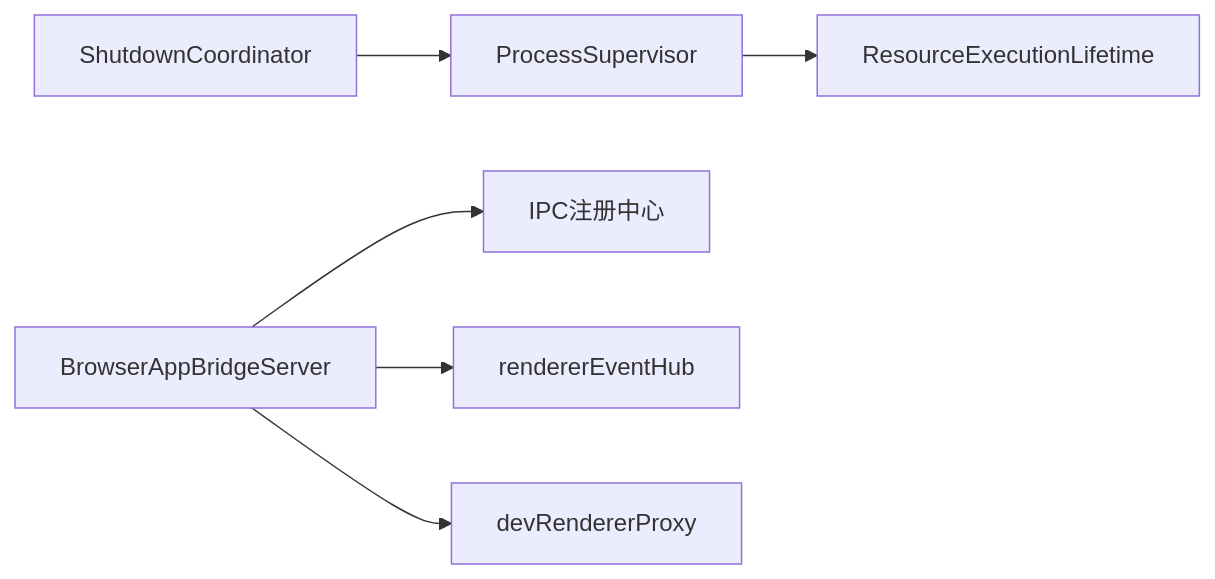
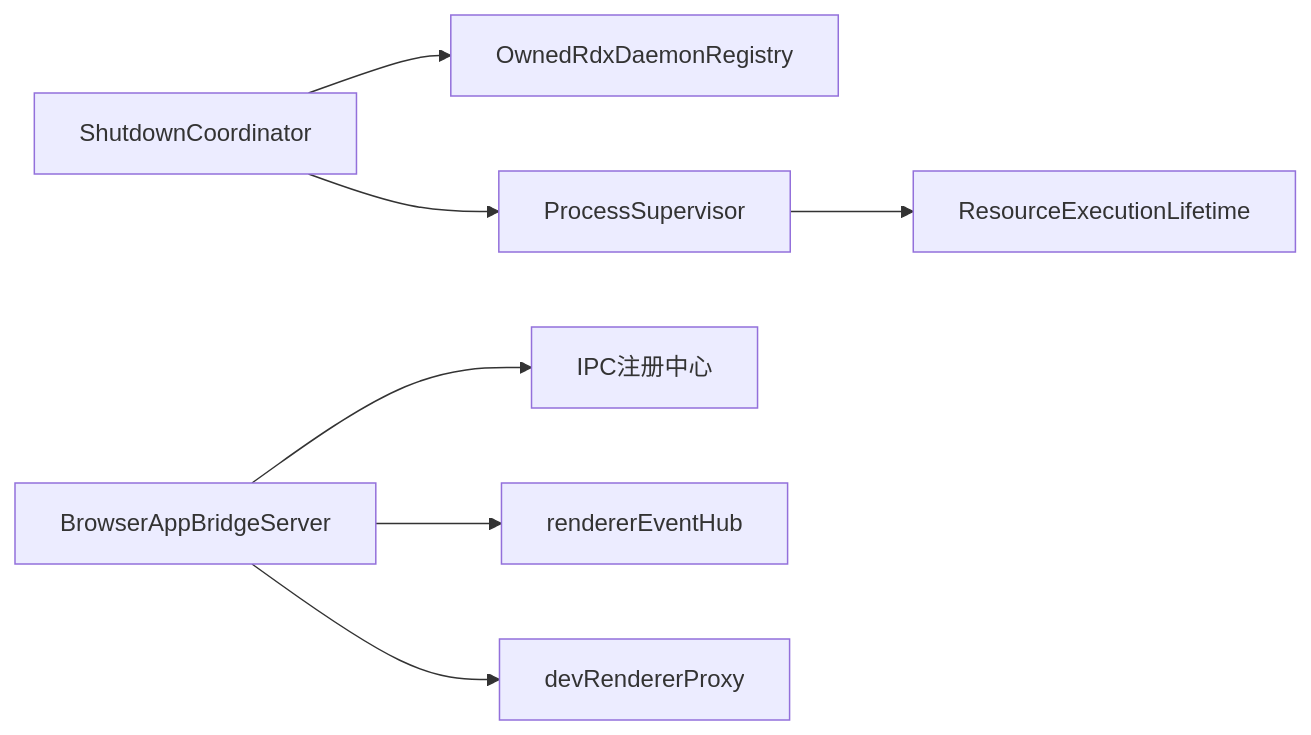
The sixth of 8 diagrams in .qoder/repowiki/zh/content/架构设计/主进程架构/生命周期管理.md (haolange/RDC-Agent), drawn with Mermaid before and after one commit. The commit also changed other lines of this file and 28 other files, not shown here.

````diff
--- a/.qoder/repowiki/zh/content/架构设计/主进程架构/生命周期管理.md
+++ b/.qoder/repowiki/zh/content/架构设计/主进程架构/生命周期管理.md
@@ -250,8 +301,9 @@
 ```mermaid
 graph LR
-SC["ShutdownCoordinator"] --> PS["ProcessSupervisor"]
+SC["ShutdownCoordinator"] --> ORD["OwnedRdxDaemonRegistry"]
+SC --> PS["ProcessSupervisor"]
 PS --> REL["ResourceExecutionLifetime"]
 BBS["BrowserAppBridgeServer"] --> IPC["IPC注册中心"]
 BBS --> EV["rendererEventHub"]
 BBS --> DRP["devRendererProxy"]
 ```
````
